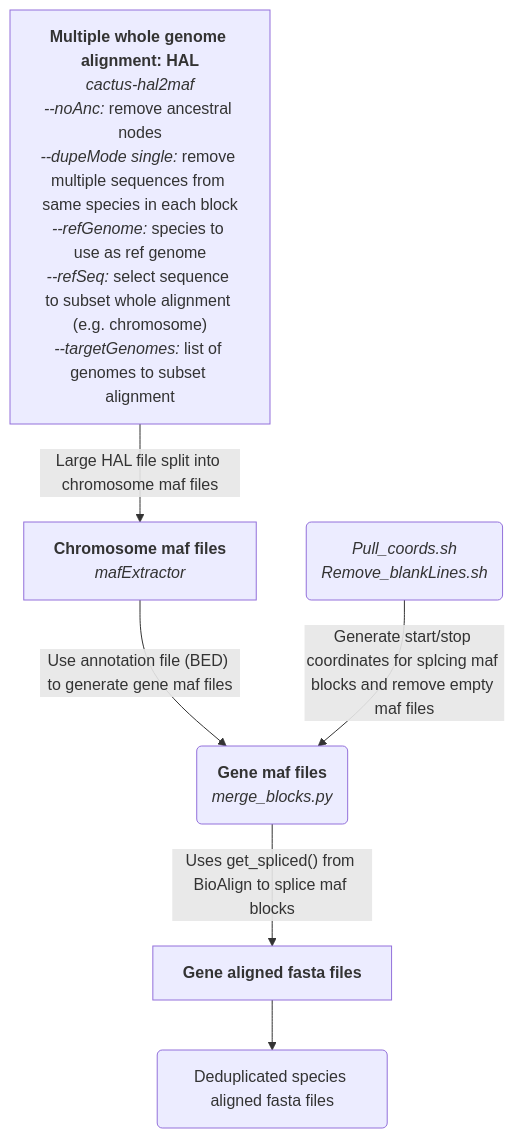
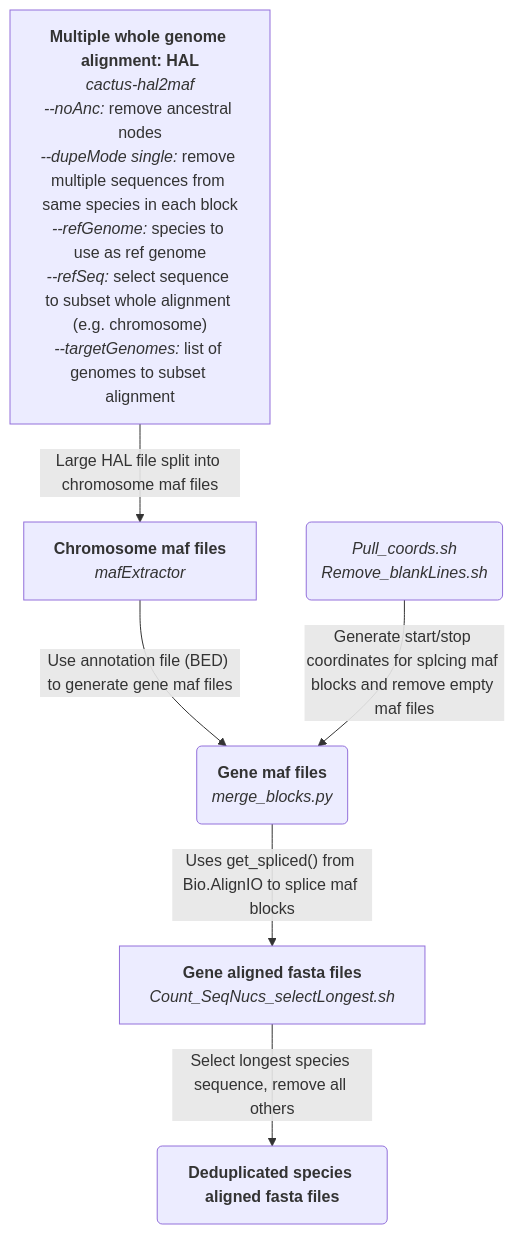
Before and after one commit to mileswhedbee/RERconverge_pipeline: the diagram in README.md, drawn with Mermaid.

````diff
--- a/README.md
+++ b/README.md
@@ -6,17 +6,18 @@
 ```mermaid
 graph TD;
     A["`**Multiple whole genome alignment: HAL**
        _cactus-hal2maf_
        _--noAnc:_ remove ancestral nodes
        _--dupeMode single:_ remove multiple sequences from same species in each block
        _--refGenome:_ species to use as ref genome
        _--refSeq:_ select sequence to subset whole alignment (e.g. chromosome)
        _--targetGenomes:_ list of genomes to subset alignment`"]--Large HAL file split into chromosome maf files-->B["`**Chromosome maf files**
        _mafExtractor_`"];
     B--Use annotation file (BED) to generate gene maf files-->C("`**Gene maf files**
        _merge_blocks.py_`");
-    C--Uses get_spliced() from BioAlign to splice maf blocks-->D["`**Gene aligned fasta files**`"];
+    C--Uses get_spliced() from Bio.AlignIO to splice maf blocks-->D["`**Gene aligned fasta files**
+                                                                      _Count_SeqNucs_selectLongest.sh_`"];
     E("`_Pull_coords.sh_
         _Remove_blankLines.sh_`")--Generate start/stop coordinates for splcing maf blocks and remove empty maf files-->C;
-    D-->F(Deduplicated species aligned fasta files)
+    D--Select longest species sequence, remove all others-->F("`**Deduplicated species aligned fasta files**`")
 ```
````
